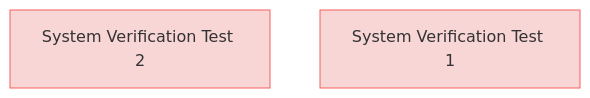
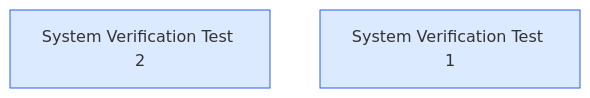
Before and after one commit to reqvire-org/reqvire: the diagram in tests/test-diagram-generation/specifications/VerificationTests.md, drawn with Mermaid. The commit also changed 53 other files, not shown here.

Commit message:
Change whole model diagram to top-down layout and rename Home to Index

````diff
--- a/tests/test-diagram-generation/specifications/VerificationTests.md
+++ b/tests/test-diagram-generation/specifications/VerificationTests.md
@@ -5,15 +5,15 @@
 ```mermaid
 graph TD;
   %% Graph styling
-  classDef requirement fill:#f9d6d6,stroke:#f55f5f,stroke-width:1px;
-  classDef verification fill:#d6f9d6,stroke:#5fd75f,stroke-width:1px;
+  classDef requirement fill:#dbeafe,stroke:#2563EB,stroke-width:1px;
+  classDef verification fill:#d1fae5,stroke:#059669,stroke-width:1px;
   classDef externalLink fill:#d0e0ff,stroke:#3080ff,stroke-width:1px;
   classDef default fill:#f5f5f5,stroke:#333333,stroke-width:1px;
 
   5cae9badb6["System Verification Test 2"];
   click 5cae9badb6 "VerificationTests.md#system-verification-test-2";
   class 5cae9badb6 requirement;
   b31d9f68fd["System Verification Test 1"];
   click b31d9f68fd "VerificationTests.md#system-verification-test-1";
   class b31d9f68fd requirement;
 ```
````
